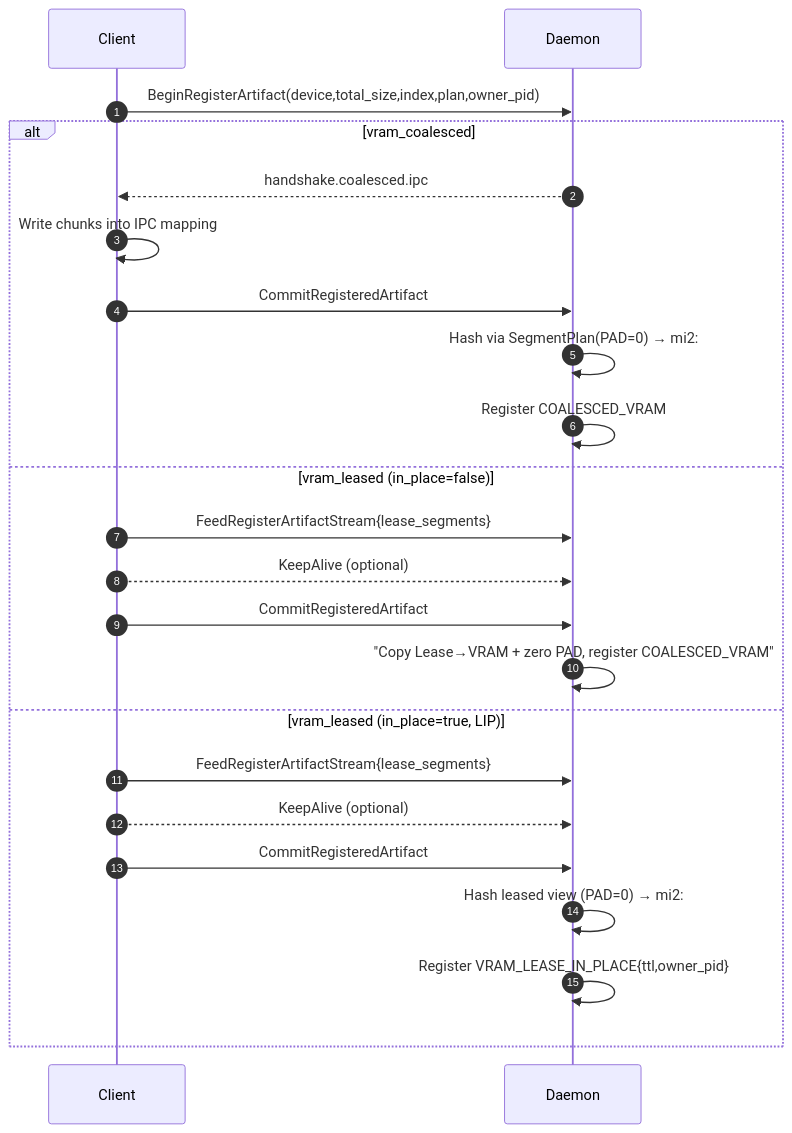
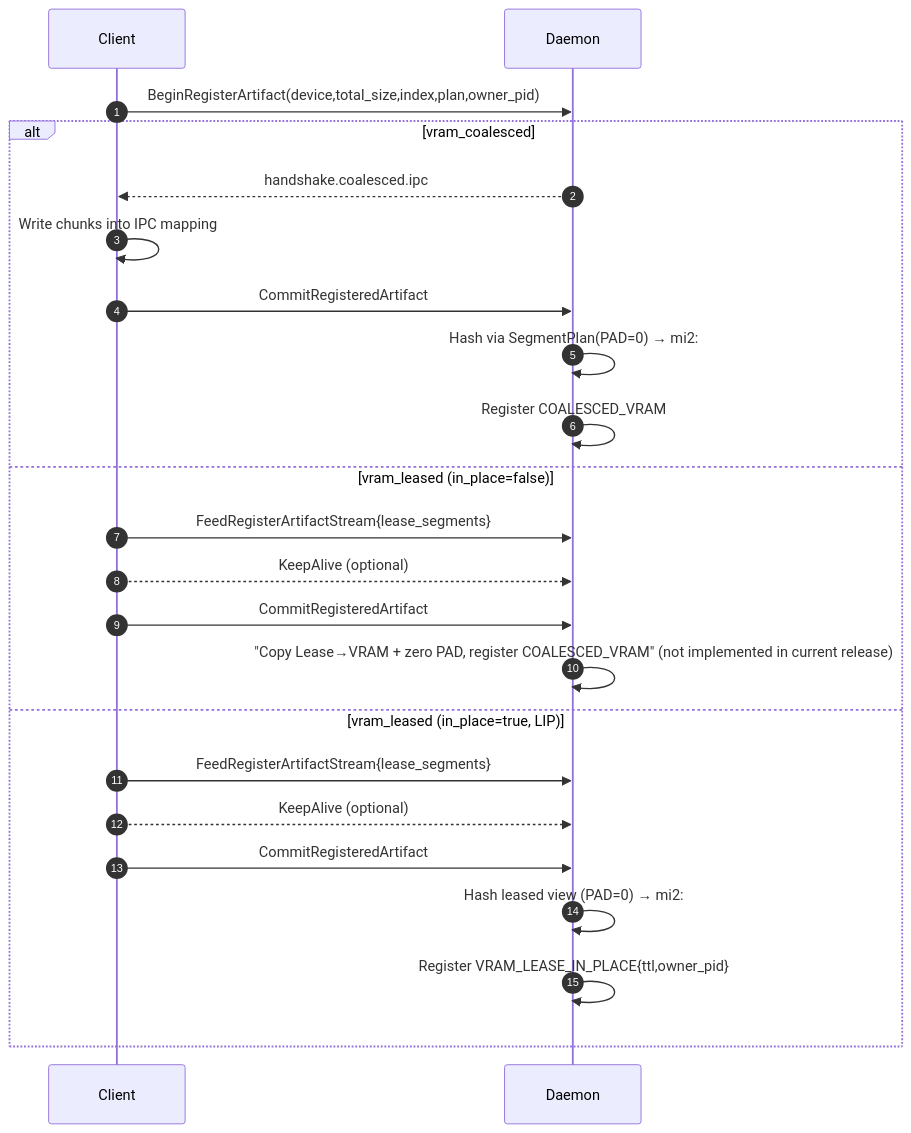
Before and after one commit to tensorcast-ai/tensorcast: the first of 2 diagrams in docs/designs/0003-unified-memory-registration-avbs-lip.md, drawn with Mermaid. The commit also changed other lines of this file and 13 other files, not shown here.

````diff
--- a/docs/designs/0003-unified-memory-registration-avbs-lip.md
+++ b/docs/designs/0003-unified-memory-registration-avbs-lip.md
@@ -107,26 +115,26 @@
 ```mermaid
 sequenceDiagram
   autonumber
   participant CL as Client
   participant DM as Daemon
 
   CL->>DM: BeginRegisterArtifact(device,total_size,index,plan,owner_pid)
   alt vram_coalesced
     DM-->>CL: handshake.coalesced.ipc
     CL->>CL: Write chunks into IPC mapping
     CL->>DM: CommitRegisteredArtifact
     DM->>DM: Hash via SegmentPlan(PAD=0) → mi2:
     DM->>DM: Register COALESCED_VRAM
   else vram_leased (in_place=false)
     CL->>DM: FeedRegisterArtifactStream{lease_segments}
     CL-->>DM: KeepAlive (optional)
     CL->>DM: CommitRegisteredArtifact
-    DM->>DM: "Copy Lease→VRAM + zero PAD, register COALESCED_VRAM"
+    DM->>DM: "Copy Lease→VRAM + zero PAD, register COALESCED_VRAM" (not implemented in current release)
   else vram_leased (in_place=true, LIP)
     CL->>DM: FeedRegisterArtifactStream{lease_segments}
     CL-->>DM: KeepAlive (optional)
     CL->>DM: CommitRegisteredArtifact
     DM->>DM: Hash leased view (PAD=0) → mi2:
     DM->>DM: Register VRAM_LEASE_IN_PLACE{ttl,owner_pid}
   end
 ```
````
